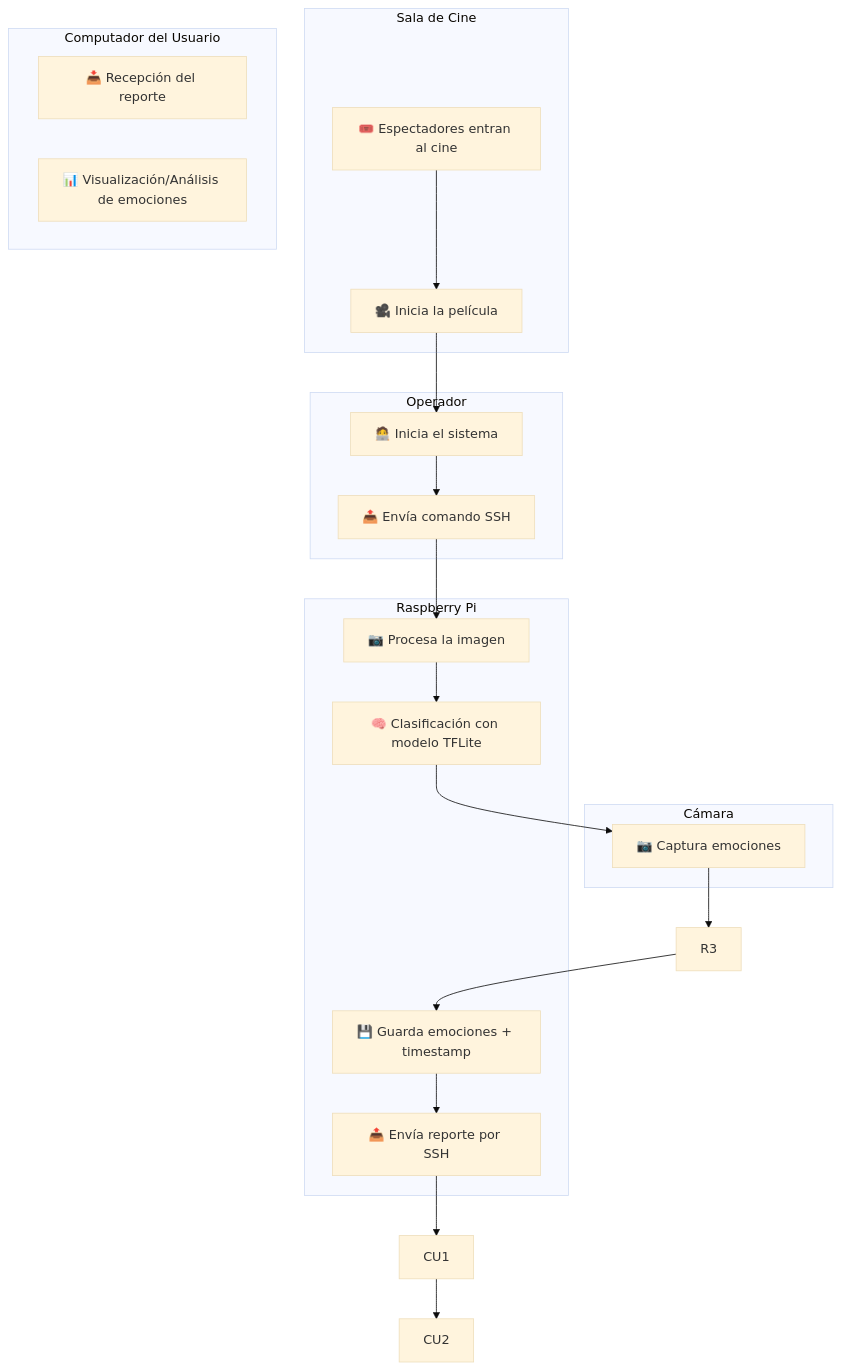
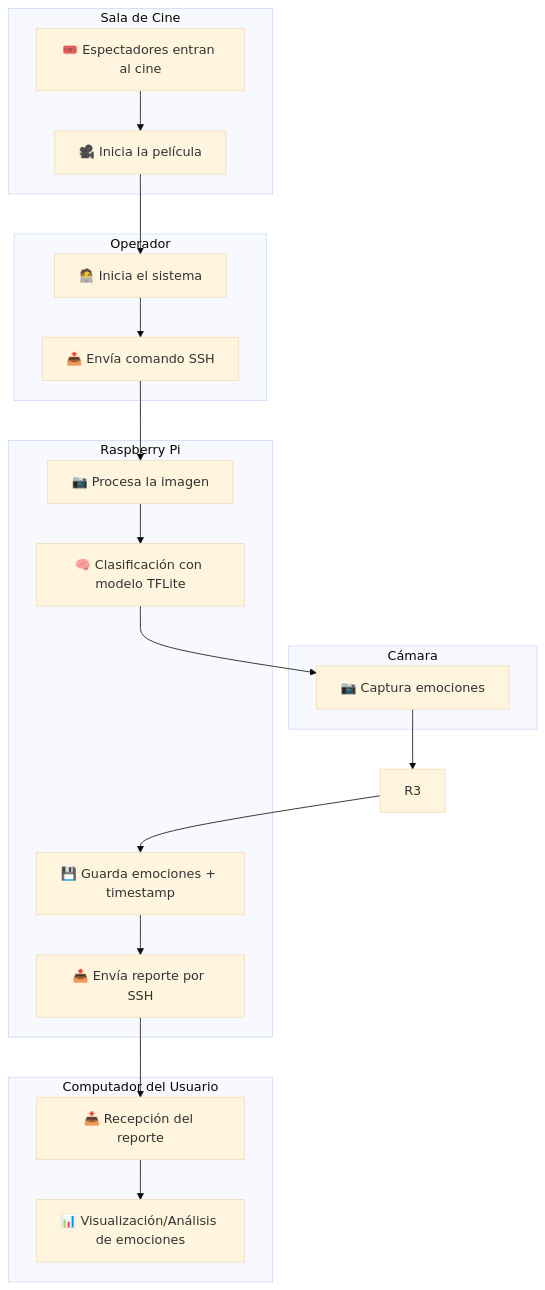
One commit to lestorres/Reconocimiento_clasificacion_de_expresiones changed the diagram in docs/vista-operacional.md. Above: the diagram before and after it, drawn with Mermaid (base theme).

````diff
--- a/docs/vista-operacional.md
+++ b/docs/vista-operacional.md
@@ -3,41 +3,41 @@
 ```mermaid
 flowchart TD
     subgraph Sala de Cine
         U1[🎟️ Espectadores entran al cine]
         U2[🎥 Inicia la película]
     end
 
     subgraph Operador
         O1[🧑‍💻 Inicia el sistema]
         O2[📤 Envía comando SSH]
     end
 
     subgraph Cámara
         CAM1[📷 Captura emociones]
     end
 
     subgraph Raspberry Pi
         R1[📷 Procesa la imagen]
         R2[🧠 Clasificación con modelo TFLite]
         R4[💾 Guarda emociones + timestamp]
         R5[📤 Envía reporte por SSH]
     end
 
     subgraph Computador del Usuario
         C1[📥 Recepción del reporte]
         C2[📊 Visualización/Análisis de emociones]
     end
 
     U1 --> U2
     U2 --> O1
     O1 --> O2
     O2 --> R1
     R1 --> R2
     R2 --> CAM1
     CAM1 --> R3
     R3 --> R4
     R4 --> R5
-    R5 --> CU1
-    CU1 --> CU2
+    R5 --> C1
+    C1 --> C2
 
 ```
````
